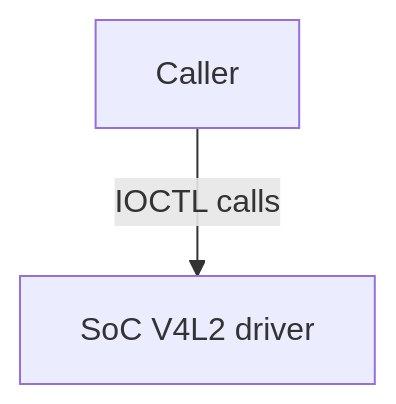
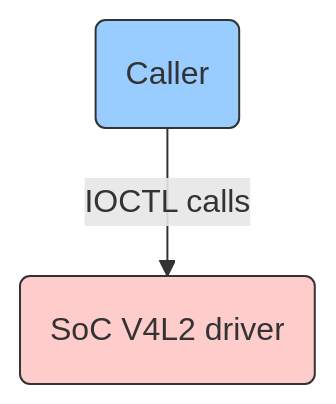
One commit to rdkcentral/rdk-halif-v4l2 changed the first of 3 diagrams in docs/pages/v4l2.md. Above: the diagram before and after it, drawn with Mermaid. The commit also changed other lines of this file, not shown here.

````diff
--- a/docs/pages/v4l2.md
+++ b/docs/pages/v4l2.md
@@ -45,4 +45,7 @@
 ```mermaid
 flowchart TD
-Caller --IOCTL calls--> 1[SoC V4L2 driver]
+A(Caller) --> |IOCTL calls| B(SoC V4L2 driver)
+
+style A fill:#99CCFF,stroke:#333
+style B fill:#fcc,stroke:#333
 ```
````
